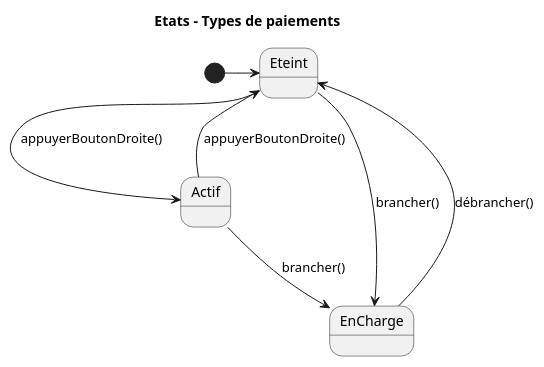
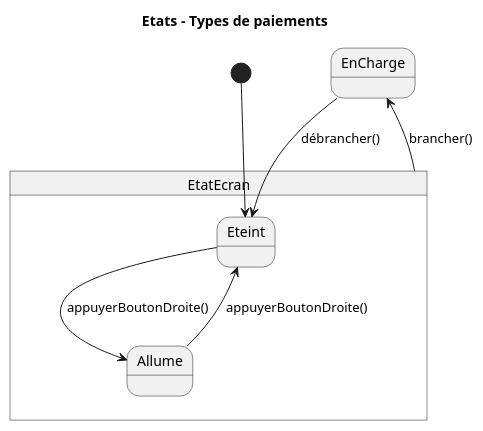
Before and after one commit to yvanross/LOG210-exercices: the diagram in etat/telephone-intelligent/etat-telephone-intelligent-3.puml, drawn with PlantUML. The commit also changed 5111 other files, not shown here.

```diff
--- a/etat/telephone-intelligent/etat-telephone-intelligent-3.puml
+++ b/etat/telephone-intelligent/etat-telephone-intelligent-3.puml
@@ -1,14 +1,16 @@
 @startuml
 skinparam Style strictuml
 
 title Etats - Types de paiements
-[*] -> Eteint
-Eteint --> Actif: appuyerBoutonDroite()
-Actif --> Eteint: appuyerBoutonDroite()
-Actif --> EnCharge: brancher()
-Eteint --> EnCharge: brancher()
+state EtatEcran{
+Eteint --> Allume: appuyerBoutonDroite()
+Allume --> Eteint: appuyerBoutonDroite()
+
+}
+[*] --> Eteint
+EtatEcran --> EnCharge: brancher()
 EnCharge --> Eteint : débrancher()
 
 
 
 @enduml
```
